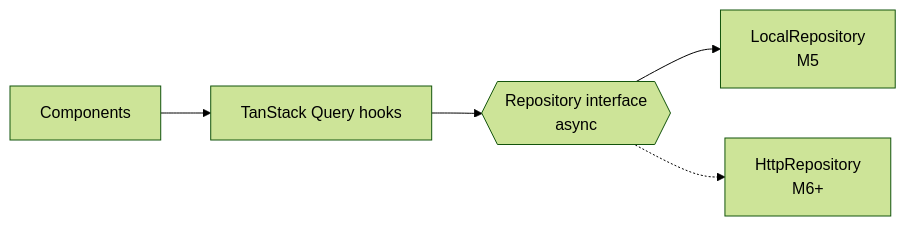
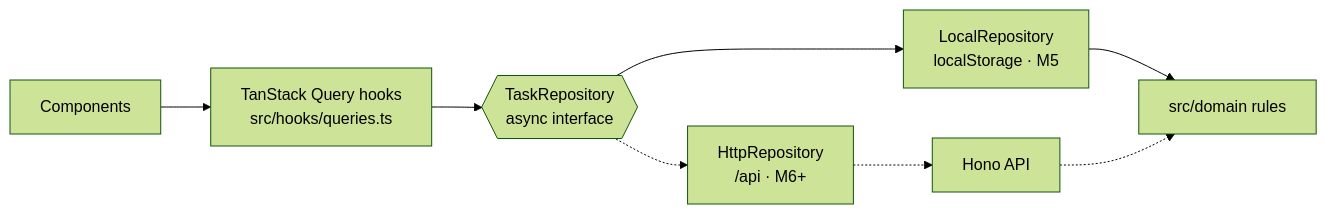
Before and after one commit to eliasbandak321-svg/ai-task-manager: the second of 2 diagrams in docs/architecture.md, drawn with Mermaid (forest theme). The commit also changed other lines of this file and 3 other files, not shown here.

Commit message:
docs: document the M5 dashboard and data flow

````diff
--- a/docs/architecture.md
+++ b/docs/architecture.md
@@ -91,6 +95,8 @@
 ```mermaid
 flowchart LR
-  UI[Components] --> Q[TanStack Query hooks] --> R{{Repository interface<br/>async}}
-  R --> L[LocalRepository<br/>M5]
-  R -.-> H[HttpRepository<br/>M6+]
+  UI[Components] --> Q[TanStack Query hooks<br/>src/hooks/queries.ts] --> R{{TaskRepository<br/>async interface}}
+  R --> L[LocalRepository<br/>localStorage · M5]
+  R -.-> H[HttpRepository<br/>/api · M6+]
+  L --> D[src/domain rules]
+  H -.-> S[Hono API] -.-> D
 ```
````
